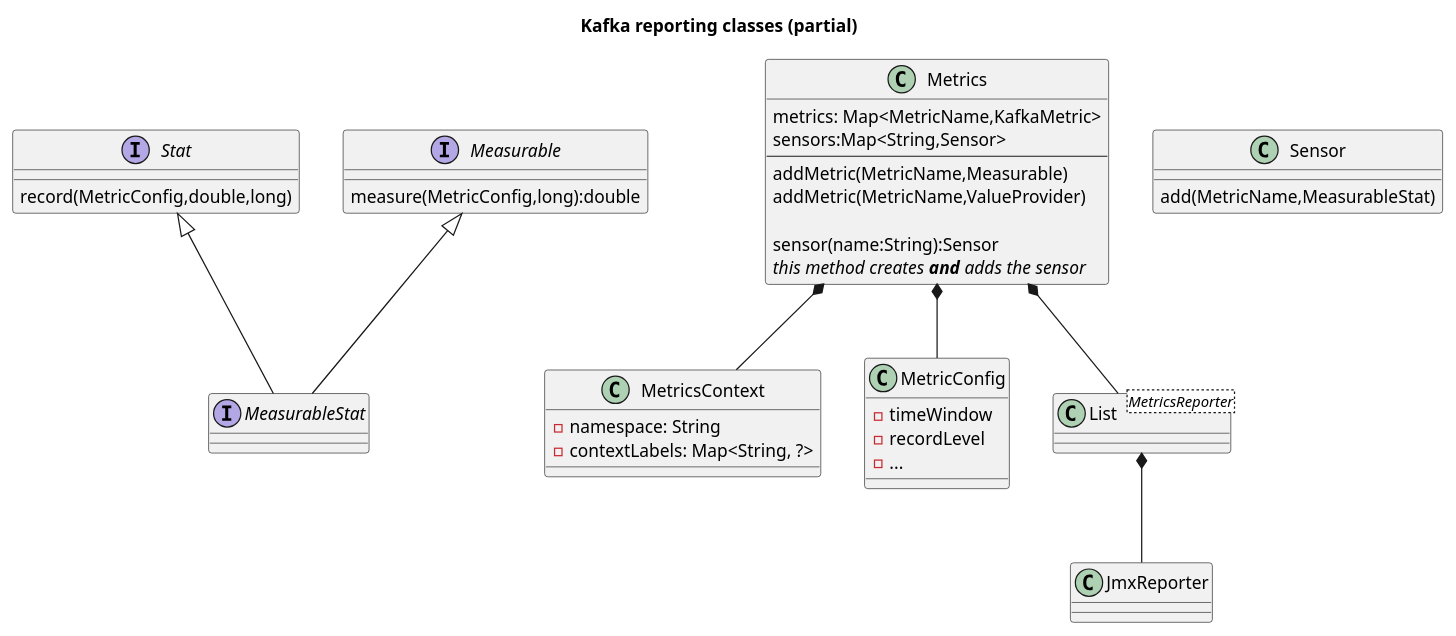
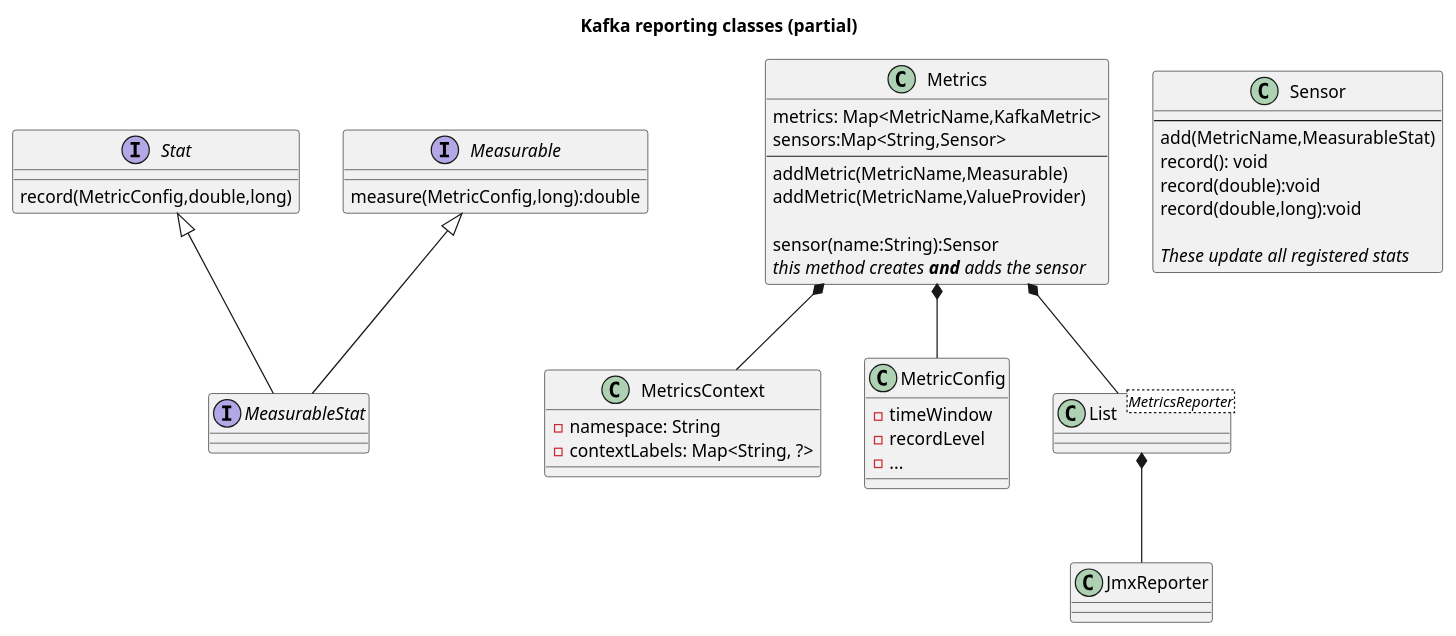
Before and after one commit to tonvanbart/kafka-connect-example: the diagram in reporting.puml, drawn with PlantUML.

Commit message:
Reporting classes overview

```diff
--- a/reporting.puml
+++ b/reporting.puml
@@ -1,51 +1,57 @@
 @startuml
 'https://plantuml.com/class-diagram
 
 title Kafka reporting classes (partial)
 
 interface Stat {
     record(MetricConfig,double,long)
 }
 
 interface Measurable {
     measure(MetricConfig,long):double
 }
 
 Interface MeasurableStat
 
 Measurable <|-- MeasurableStat
 Stat <|-- MeasurableStat
 
 class Metrics {
     metrics: Map<MetricName,KafkaMetric>
     sensors:Map<String,Sensor>
     ---
     addMetric(MetricName,Measurable)
     addMetric(MetricName,ValueProvider)
 
     sensor(name:String):Sensor
     <i>this method creates <b>and</b> adds the sensor</i>
 }
 
 class Sensor {
+    ---
     add(MetricName,MeasurableStat)
+    record(): void
+    record(double):void
+    record(double,long):void
+
+    <i>These update all registered stats</i>
 }
 
 class MetricsContext {
     - namespace: String
     - contextLabels: Map<String, ?>
 }
 class MetricConfig {
     - timeWindow
     - recordLevel
     - ...
 }
 
 class List<MetricsReporter>
 List *-- JmxReporter
 
 Metrics *-- MetricsContext
 Metrics *-- MetricConfig
 Metrics *-- List
 
 @enduml
```
